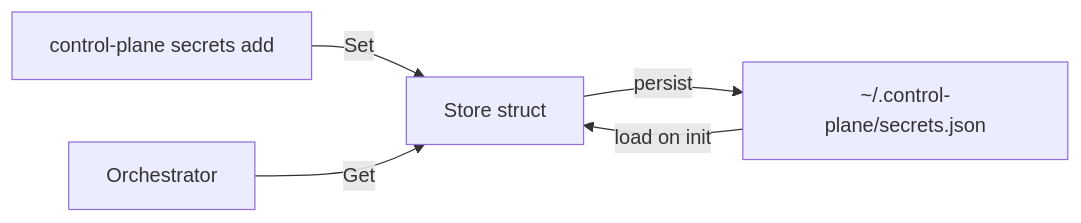
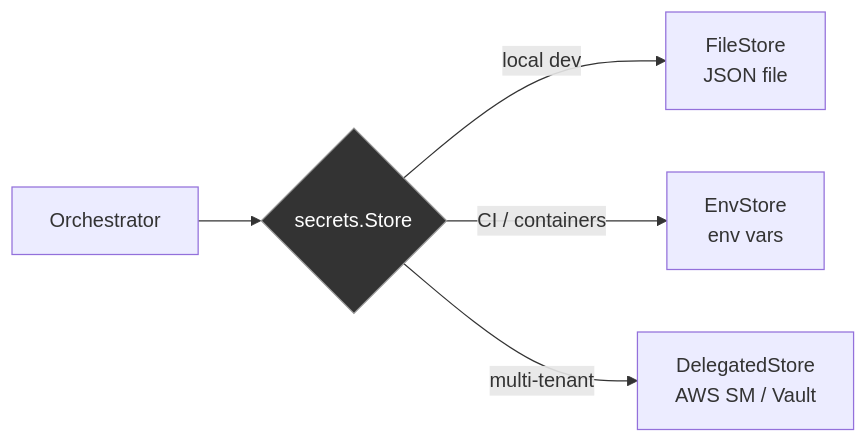
The first of 2 diagrams in docs/secret-store.md (Travbz/control-plane), drawn with Mermaid before and after one commit. The commit also changed other lines of this file and 27 other files, not shown here.

First line of the commit message:
docs: update architecture, config, provisioners, and secret-store docs

````diff
--- a/docs/secret-store.md
+++ b/docs/secret-store.md
@@ -9,7 +18,9 @@
 ```mermaid
 flowchart LR
-    CLI["control-plane secrets add"] -->|Set| Store[Store struct]
-    Store -->|persist| File["~/.control-plane/secrets.json"]
-    File -->|load on init| Store
-    Orch[Orchestrator] -->|Get| Store
+    Orch[Orchestrator] --> IF{secrets.Store}
+    IF -->|local dev| FS[FileStore<br/>JSON file]
+    IF -->|CI / containers| ES[EnvStore<br/>env vars]
+    IF -->|multi-tenant| DS[DelegatedStore<br/>AWS SM / Vault]
+
+    style IF fill:#333,stroke:#999,color:#fff
 ```
````
